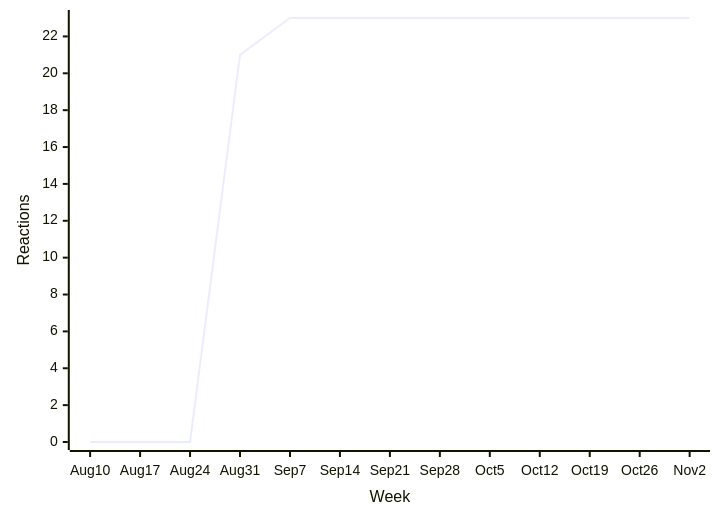
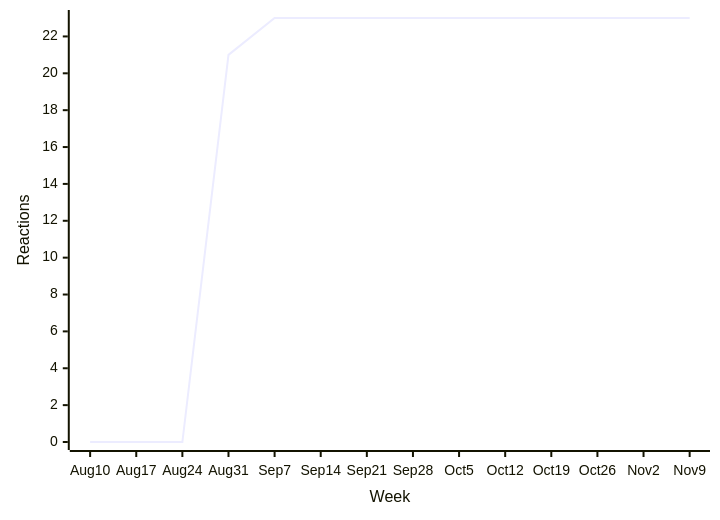
One commit to loic-sharma/github-insights changed the fourth of 38 diagrams in README.md. Above: the diagram before and after it, drawn with Mermaid. The commit also changed other lines of this file and 3 other files, not shown here.

````diff
--- a/README.md
+++ b/README.md
@@ -392,6 +375,6 @@
   ```mermaid
   xychart-beta
-    x-axis "Week" [Aug 10, Aug 17, Aug 24, Aug 31, Sep 7, Sep 14, Sep 21, Sep 28, Oct 5, Oct 12, Oct 19, Oct 26, Nov 2]
+    x-axis "Week" [Aug 10, Aug 17, Aug 24, Aug 31, Sep 7, Sep 14, Sep 21, Sep 28, Oct 5, Oct 12, Oct 19, Oct 26, Nov 2, Nov 9]
     y-axis "Reactions"
-    line [0, 0, 0, 21, 23, 23, 23, 23, 23, 23, 23, 23, 23]
+    line [0, 0, 0, 21, 23, 23, 23, 23, 23, 23, 23, 23, 23, 23]
   ```
````
